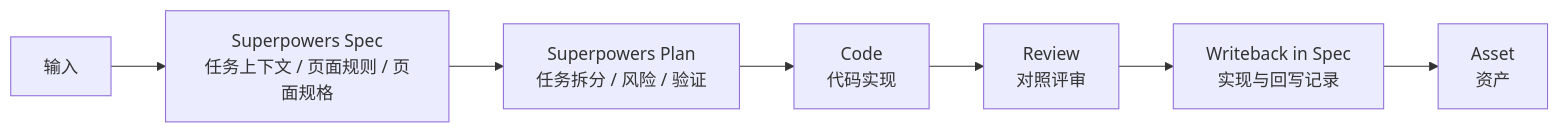
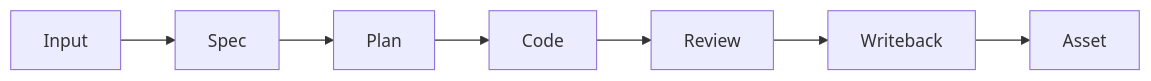
One commit to clarence1026/Spec-Driven-Development changed the second of 2 diagrams in docs/README.md. Above: the diagram before and after it, drawn with Mermaid. The commit also changed other lines of this file and 43 other files, not shown here.

````diff
--- a/docs/README.md
+++ b/docs/README.md
@@ -123,9 +91,9 @@
 ```mermaid
 flowchart LR
-    A[输入] --> B[Superpowers Spec<br/>任务上下文 / 页面规则 / 页面规格]
-    B --> C[Superpowers Plan<br/>任务拆分 / 风险 / 验证]
-    C --> D[Code<br/>代码实现]
-    D --> E[Review<br/>对照评审]
-    E --> F[Writeback in Spec<br/>实现与回写记录]
-    F --> G[Asset<br/>资产]
+    A[Input] --> B[Spec]
+    B --> C[Plan]
+    C --> D[Code]
+    D --> E[Review]
+    E --> F[Writeback]
+    F --> G[Asset]
 ```
````
